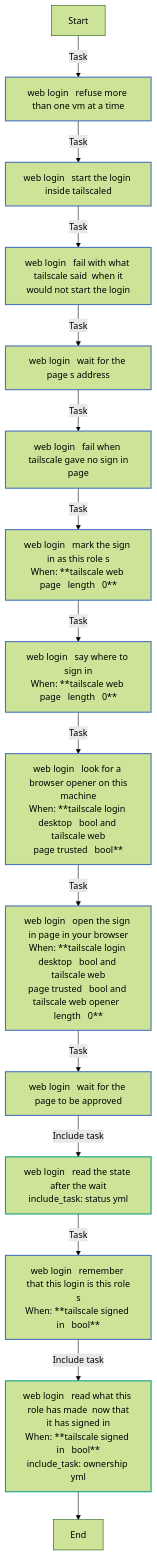
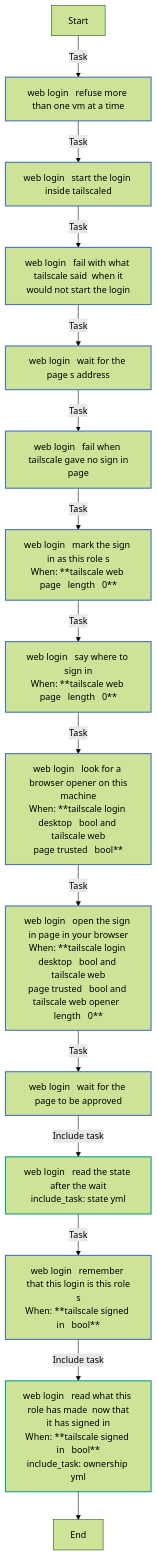
One commit to kawadeomkar/claude-on-proxmox changed diagram 13 of 13 in docs/reference/roles/tailscale.md. Above: the diagram before and after it, drawn with Mermaid (forest theme). The commit also changed other lines of this file and 45 other files, not shown here.

````diff
--- a/docs/reference/roles/tailscale.md
+++ b/docs/reference/roles/tailscale.md
@@ -543,27 +587,27 @@
 ```mermaid
 flowchart TD
 Start
 classDef block stroke:#3498db,stroke-width:2px;
 classDef task stroke:#4b76bb,stroke-width:2px;
 classDef includeTasks stroke:#16a085,stroke-width:2px;
 classDef importTasks stroke:#34495e,stroke-width:2px;
 classDef includeRole stroke:#2980b9,stroke-width:2px;
 classDef importRole stroke:#699ba7,stroke-width:2px;
 classDef includeVars stroke:#8e44ad,stroke-width:2px;
 classDef rescue stroke:#665352,stroke-width:2px;
 
   Start-->|Task| web_login___Refuse_more_than_one_VM_at_a_time0[web login   refuse more than one vm at a time]:::task
   web_login___Refuse_more_than_one_VM_at_a_time0-->|Task| web_login___Start_the_login_inside_tailscaled1[web login   start the login inside tailscaled]:::task
   web_login___Start_the_login_inside_tailscaled1-->|Task| web_login___Fail_with_what_tailscale_said__when_it_would_not_start_the_login2[web login   fail with what tailscale said  when it<br>would not start the login]:::task
   web_login___Fail_with_what_tailscale_said__when_it_would_not_start_the_login2-->|Task| web_login___Wait_for_the_page_s_address3[web login   wait for the page s address]:::task
   web_login___Wait_for_the_page_s_address3-->|Task| web_login___Fail_when_tailscale_gave_no_sign_in_page4[web login   fail when tailscale gave no sign in<br>page]:::task
   web_login___Fail_when_tailscale_gave_no_sign_in_page4-->|Task| web_login___Mark_the_sign_in_as_this_role_s5[web login   mark the sign in as this role s<br>When: **tailscale web page   length   0**]:::task
   web_login___Mark_the_sign_in_as_this_role_s5-->|Task| web_login___Say_where_to_sign_in6[web login   say where to sign in<br>When: **tailscale web page   length   0**]:::task
   web_login___Say_where_to_sign_in6-->|Task| web_login___Look_for_a_browser_opener_on_this_machine7[web login   look for a browser opener on this<br>machine<br>When: **tailscale login desktop   bool and tailscale web<br>page trusted   bool**]:::task
   web_login___Look_for_a_browser_opener_on_this_machine7-->|Task| web_login___Open_the_sign_in_page_in_your_browser8[web login   open the sign in page in your browser<br>When: **tailscale login desktop   bool and tailscale web<br>page trusted   bool and tailscale web opener  <br>length   0**]:::task
   web_login___Open_the_sign_in_page_in_your_browser8-->|Task| web_login___Wait_for_the_page_to_be_approved9[web login   wait for the page to be approved]:::task
-  web_login___Wait_for_the_page_to_be_approved9-->|Include task| web_login___Read_the_state_after_the_wait_status_yml_10[web login   read the state after the wait<br>include_task: status yml]:::includeTasks
-  web_login___Read_the_state_after_the_wait_status_yml_10-->|Task| web_login___Remember_that_this_login_is_this_role_s11[web login   remember that this login is this role<br>s<br>When: **tailscale signed in   bool**]:::task
+  web_login___Wait_for_the_page_to_be_approved9-->|Include task| web_login___Read_the_state_after_the_wait_state_yml_10[web login   read the state after the wait<br>include_task: state yml]:::includeTasks
+  web_login___Read_the_state_after_the_wait_state_yml_10-->|Task| web_login___Remember_that_this_login_is_this_role_s11[web login   remember that this login is this role<br>s<br>When: **tailscale signed in   bool**]:::task
   web_login___Remember_that_this_login_is_this_role_s11-->|Include task| web_login___Read_what_this_role_has_made__now_that_it_has_signed_in_ownership_yml_12[web login   read what this role has made  now that<br>it has signed in<br>When: **tailscale signed in   bool**<br>include_task: ownership yml]:::includeTasks
   web_login___Read_what_this_role_has_made__now_that_it_has_signed_in_ownership_yml_12-->End
 ```
````
